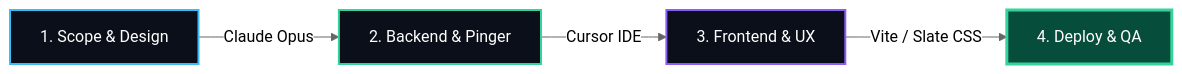
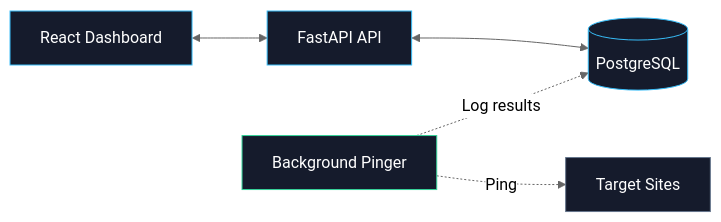
One commit to Nishchalpr4/UpTime-Moniter changed the first of 2 diagrams in README.md. Above: the diagram before and after it, drawn with Mermaid (neutral theme). The commit also changed other lines of this file, not shown here.

````diff
--- a/README.md
+++ b/README.md
@@ -33,11 +55,13 @@
 ```mermaid
 graph LR
-    Plan[1. Scope & Design] -->|Claude Opus| Dev[2. Backend & Pinger]
-    Dev -->|Cursor IDE| UI[3. Frontend & UX]
-    UI -->|Vite / Slate CSS| Ship[4. Deploy & QA]
+    UI[React Dashboard] <--> API[FastAPI API]
+    API <--> DB[(PostgreSQL)]
+    Scheduler[Background Pinger] -.->|Ping| Websites[Target Sites]
+    Scheduler -.->|Log results| DB
 
-    style Plan fill:#0b0f19,stroke:#38bdf8,stroke-width:2px,color:#fff
-    style Dev fill:#0b0f19,stroke:#34d399,stroke-width:2px,color:#fff
-    style UI fill:#0b0f19,stroke:#8b5cf6,stroke-width:2px,color:#fff
-    style Ship fill:#064e3b,stroke:#34d399,stroke-width:3px,color:#fff
+    style UI fill:#151b2c,stroke:#38bdf8,color:#fff
+    style API fill:#151b2c,stroke:#38bdf8,color:#fff
+    style DB fill:#151b2c,stroke:#38bdf8,color:#fff
+    style Scheduler fill:#151b2c,stroke:#34d399,color:#fff
+    style Websites fill:#151b2c,stroke:#64748b,color:#fff
 ```
````
